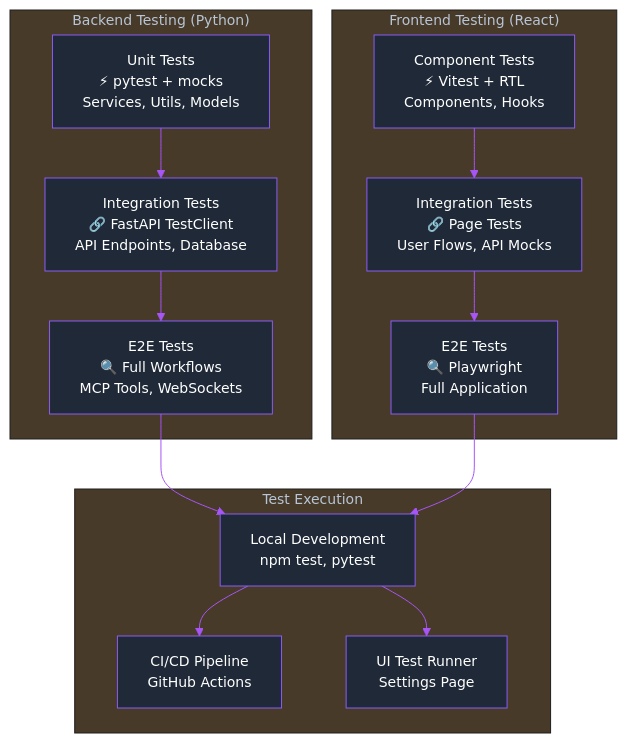
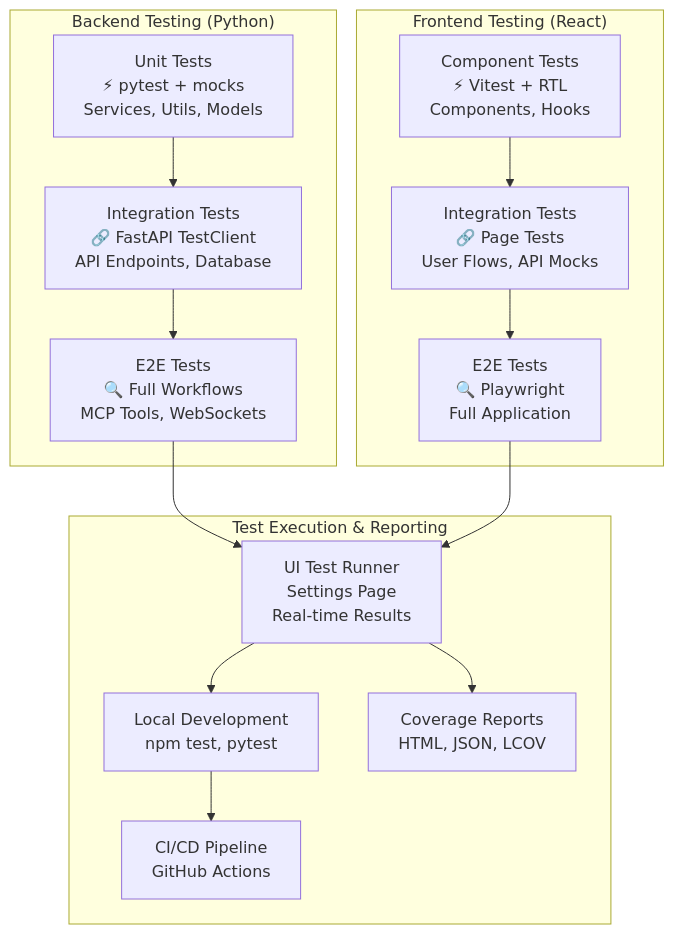
Before and after one commit to tarsonis125/mcp-crawl4ai-rag-ChromaDB-V1: the diagram in docs/docs/testing.mdx, drawn with Mermaid. The commit also changed other lines of this file and 100 other files, not shown here.

````diff
--- a/docs/docs/testing.mdx
+++ b/docs/docs/testing.mdx
@@ -20,46 +20,32 @@
 ```mermaid
-%%{init:{
-  'theme':'base',
-  'themeVariables': {
-    'primaryColor':'#1f2937',
-    'primaryTextColor':'#ffffff',
-    'primaryBorderColor':'#8b5cf6',
-    'lineColor':'#a855f7',
-    'textColor':'#ffffff',
-    'fontFamily':'Inter',
-    'fontSize':'14px',
-    'background':'#000000',
-    'mainBkg':'#1f2937',
-    'secondBkg':'#111827',
-    'borderColor':'#8b5cf6'
-  }
-}}%%
 graph TB
     subgraph "Backend Testing (Python)"
         PyUnit["Unit Tests<br/>⚡ pytest + mocks<br/>Services, Utils, Models"]
         PyInt["Integration Tests<br/>🔗 FastAPI TestClient<br/>API Endpoints, Database"]
         PyE2E["E2E Tests<br/>🔍 Full Workflows<br/>MCP Tools, WebSockets"]
     end
 
     subgraph "Frontend Testing (React)"
         JSUnit["Component Tests<br/>⚡ Vitest + RTL<br/>Components, Hooks"]
         JSInt["Integration Tests<br/>🔗 Page Tests<br/>User Flows, API Mocks"]
         JSE2E["E2E Tests<br/>🔍 Playwright<br/>Full Application"]
     end
 
-    subgraph "Test Execution"
+    subgraph "Test Execution & Reporting"
+        UI["UI Test Runner<br/>Settings Page<br/>Real-time Results"]
         Local["Local Development<br/>npm test, pytest"]
         CI["CI/CD Pipeline<br/>GitHub Actions"]
-        UI["UI Test Runner<br/>Settings Page"]
+        Coverage["Coverage Reports<br/>HTML, JSON, LCOV"]
     end
 
     PyUnit --> PyInt
     PyInt --> PyE2E
     JSUnit --> JSInt
     JSInt --> JSE2E
     
-    PyE2E --> Local
-    JSE2E --> Local
+    PyE2E --> UI
+    JSE2E --> UI
+    UI --> Coverage
     Local --> CI
-    Local --> UI
+    UI --> Local
 ```
````
